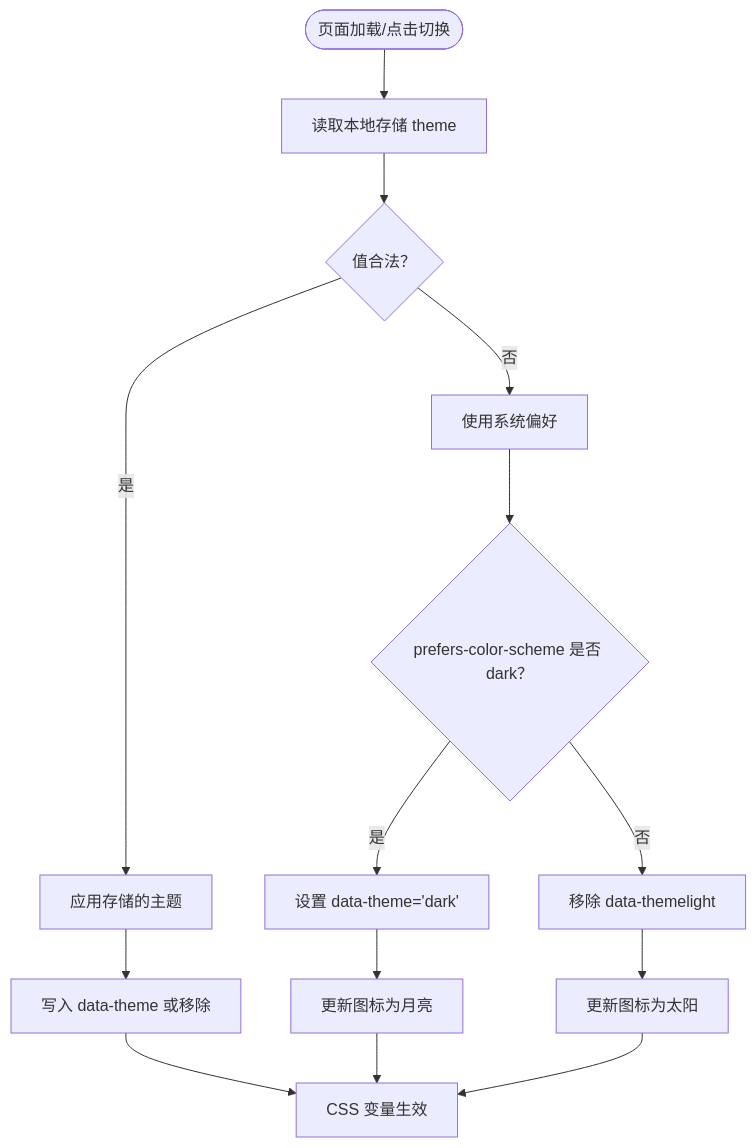
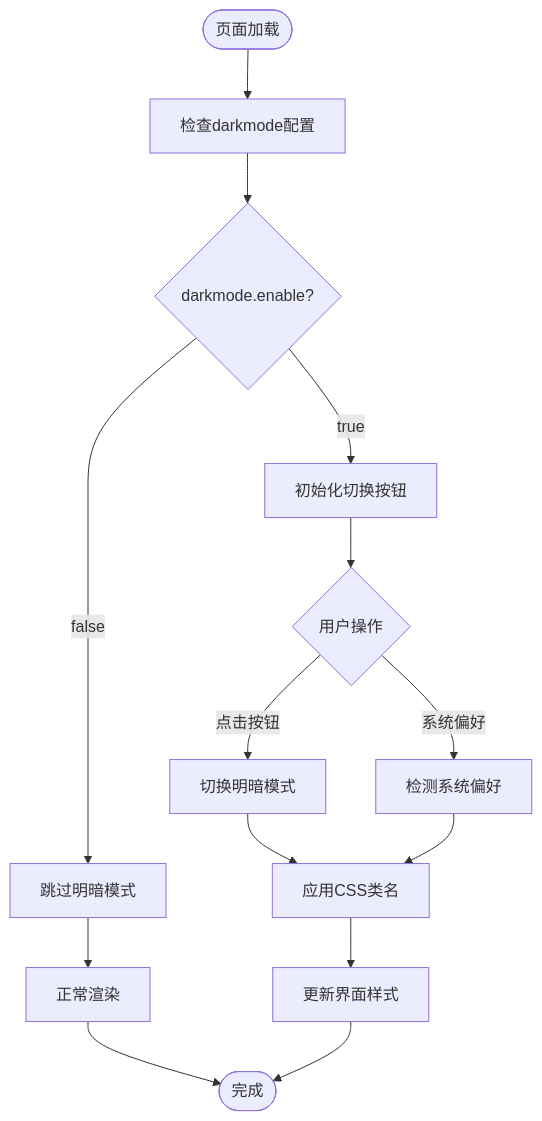
Before and after one commit to CoolPig0720/CoolPig0720.github.io: the third of 3 diagrams in .qoder/repowiki/zh/content/主题和样式系统/SCSS 架构详解/主题系统架构/主题系统架构.md, drawn with Mermaid. The commit also changed other lines of this file and 36 other files, not shown here.

````diff
--- a/.qoder/repowiki/zh/content/主题和样式系统/SCSS 架构详解/主题系统架构/主题系统架构.md
+++ b/.qoder/repowiki/zh/content/主题和样式系统/SCSS 架构详解/主题系统架构/主题系统架构.md
@@ -164,16 +135,16 @@
 ```mermaid
 flowchart TD
-Start(["页面加载/点击切换"]) --> GetStore["读取本地存储 theme"]
-GetStore --> HasSetting{"值合法？"}
-HasSetting --> |否| UseSystem["使用系统偏好"]
-HasSetting --> |是| ApplyStore["应用存储的主题"]
-UseSystem --> Pref{"prefers-color-scheme 是否 dark？"}
-Pref --> |是| SetDark["设置 data-theme='dark'"]
-Pref --> |否| SetLight["移除 data-themelight"]
-ApplyStore --> SetTheme["写入 data-theme 或移除"]
-SetDark --> UpdateIcon["更新图标为月亮"]
-SetLight --> UpdateIcon2["更新图标为太阳"]
-SetTheme --> Render["CSS 变量生效"]
-UpdateIcon --> Render
-UpdateIcon2 --> Render
+Start(["页面加载"]) --> CheckConfig["检查darkmode配置"]
+CheckConfig --> Enable{"darkmode.enable?"}
+Enable --> |true| InitButton["初始化切换按钮"]
+Enable --> |false| Skip["跳过明暗模式"]
+InitButton --> UserAction{"用户操作"}
+UserAction --> |点击按钮| ToggleMode["切换明暗模式"]
+UserAction --> |系统偏好| SystemDetect["检测系统偏好"]
+ToggleMode --> ApplyClass["应用CSS类名"]
+SystemDetect --> ApplyClass
+ApplyClass --> UpdateUI["更新界面样式"]
+Skip --> Render["正常渲染"]
+Render --> End(["完成"])
+UpdateUI --> End
 ```
````
